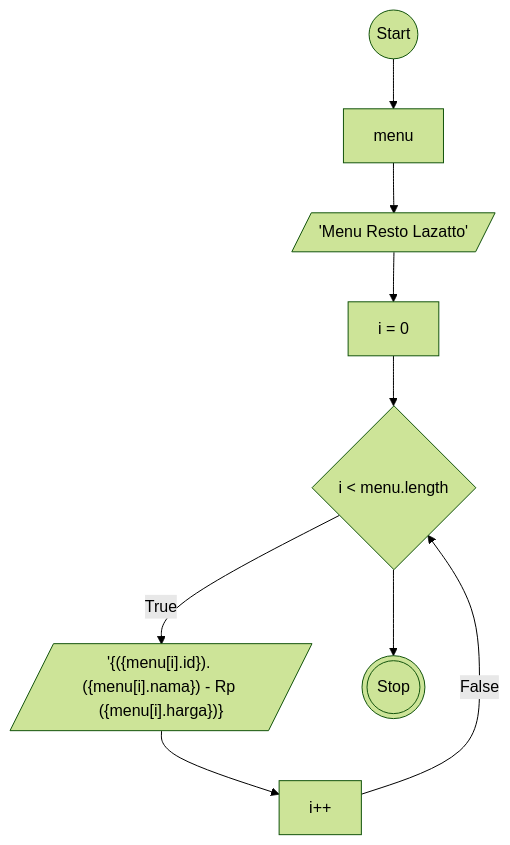
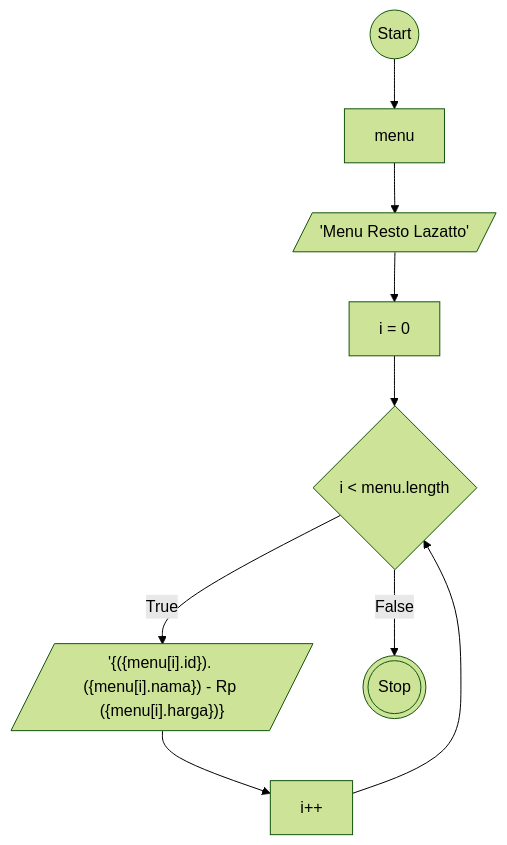
One commit to MuhamadRafliShidiq/koda-b8-weekly1 changed the diagram in readme.md. Above: the diagram before and after it, drawn with Mermaid (forest theme).

````diff
--- a/readme.md
+++ b/readme.md
@@ -5,20 +5,20 @@
 ```mermaid
 
     flowchart TD
 
     a@{ shape: circle, label: "Start"}
     z@{ shape: rect, label: "menu"}
     b@{ shape: lean-r, label: "'Menu Resto Lazatto'"}
     c@{ shape: rect, label: "i = 0" }
     d@{ shape: diamond, label: "i < menu.length"}
     e@{ shape: lean-r, label : "'{({menu[i].id}). ({menu[i].nama}) - Rp ({menu[i].harga})}"}
     f@{ shape: rect, label: "i++" }
     g@{ shape: dbl-circ, label: "Stop"}
 
-    a-->z-->b-->c-->d-->g
+    a-->z-->b-->c-->d--False-->g
 
     d--True-->e-->f
-    f--False-->d
+    f-->d
 
 
 ```
````
